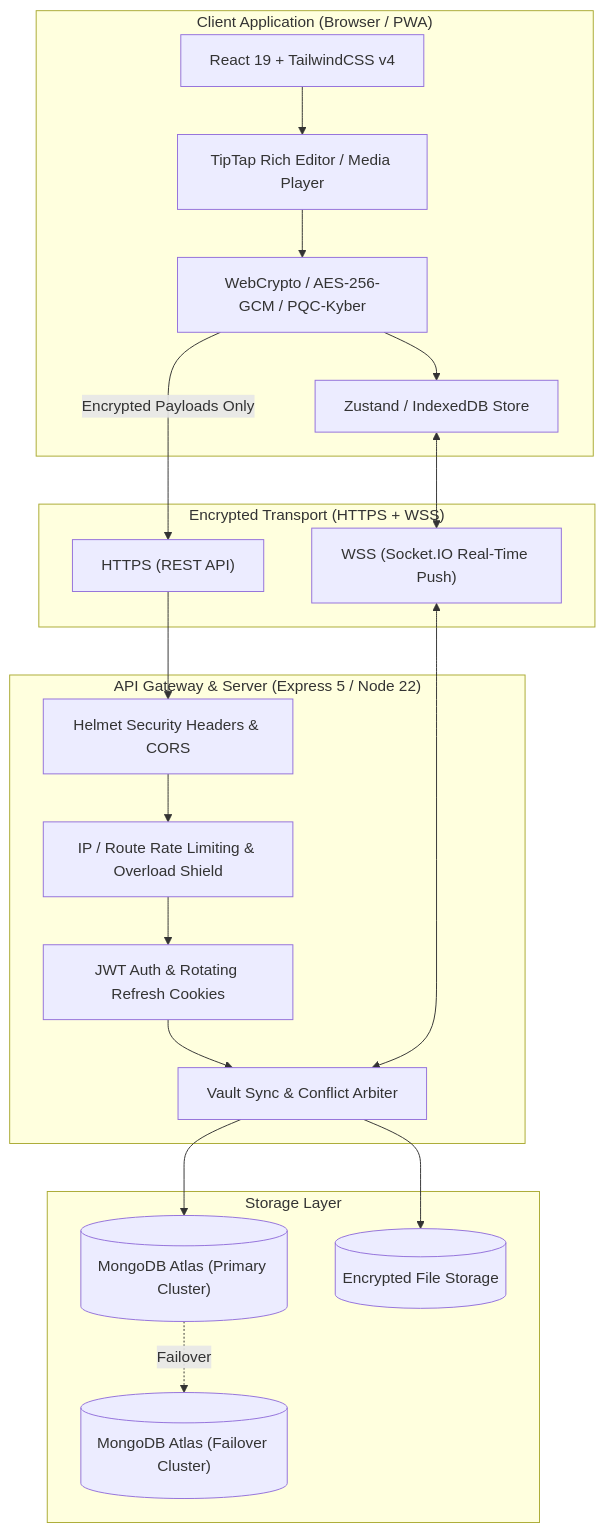
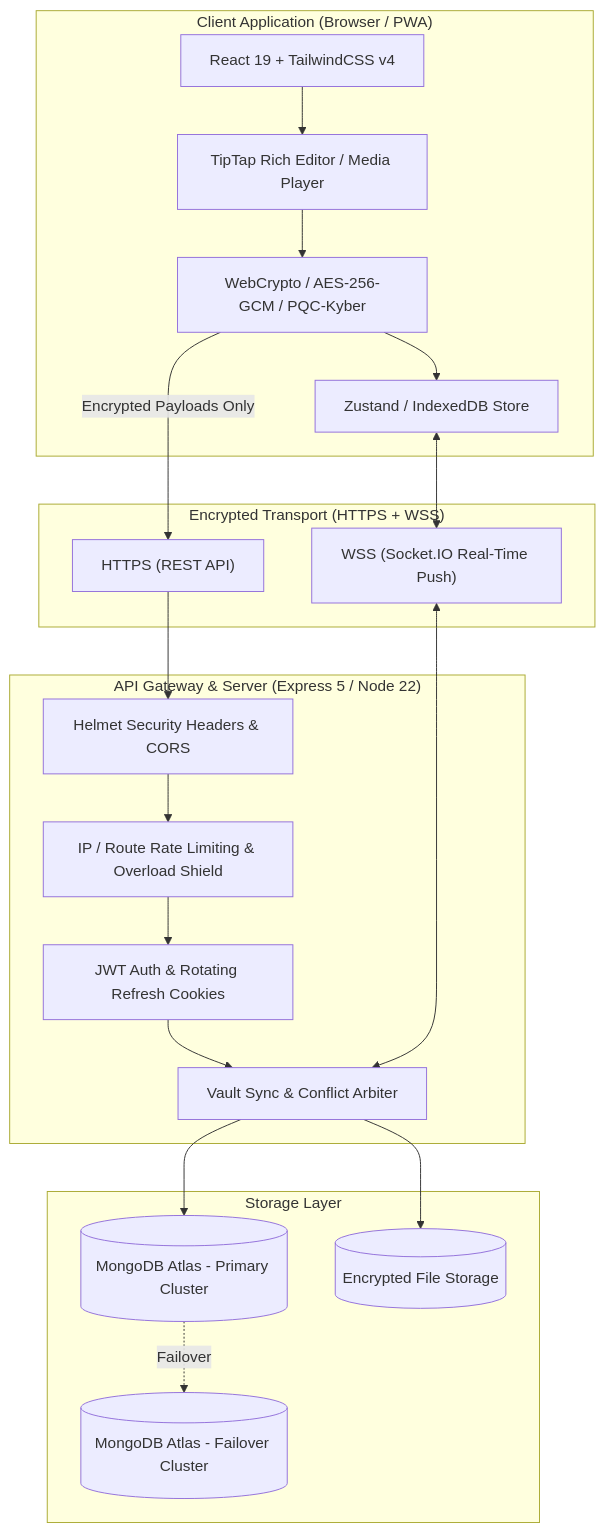
The diagram in README.md (adadarsh23/vault), drawn with Mermaid before and after one commit. The commit also changed other lines of this file and 2012 other files, not shown here.

````diff
--- a/README.md
+++ b/README.md
@@ -179,43 +181,43 @@
 ```mermaid
 flowchart TD
     subgraph Client["Client Application (Browser / PWA)"]
         UI["React 19 + TailwindCSS v4"]
         Editor["TipTap Rich Editor / Media Player"]
         CryptoEngine["WebCrypto / AES-256-GCM / PQC-Kyber"]
         LocalState["Zustand / IndexedDB Store"]
 
         UI --> Editor
         Editor --> CryptoEngine
         CryptoEngine --> LocalState
     end
 
     subgraph Transport["Encrypted Transport (HTTPS + WSS)"]
         HTTPS["HTTPS (REST API)"]
         WSS["WSS (Socket.IO Real-Time Push)"]
     end
 
     subgraph Backend["API Gateway & Server (Express 5 / Node 22)"]
         Helmet["Helmet Security Headers & CORS"]
         AuthMiddleware["JWT Auth & Rotating Refresh Cookies"]
         RateLimiter["IP / Route Rate Limiting & Overload Shield"]
         SyncController["Vault Sync & Conflict Arbiter"]
 
         Helmet --> RateLimiter
         RateLimiter --> AuthMiddleware
         AuthMiddleware --> SyncController
     end
 
     subgraph Storage["Storage Layer"]
-        AtlasPrimary[("MongoDB Atlas (Primary Cluster)")]
-        AtlasSecondary[("MongoDB Atlas (Failover Cluster)")]
+        AtlasPrimary[("MongoDB Atlas - Primary Cluster")]
+        AtlasSecondary[("MongoDB Atlas - Failover Cluster")]
         DiskUploads[("Encrypted File Storage")]
     end
 
-    CryptoEngine -- "Encrypted Payloads Only" --> HTTPS
+    CryptoEngine -->|Encrypted Payloads Only| HTTPS
     LocalState <--> WSS
     HTTPS --> Helmet
     WSS <--> SyncController
     SyncController --> AtlasPrimary
-    AtlasPrimary -. Failover .-> AtlasSecondary
+    AtlasPrimary -.->|Failover| AtlasSecondary
     SyncController --> DiskUploads
 ```
````
